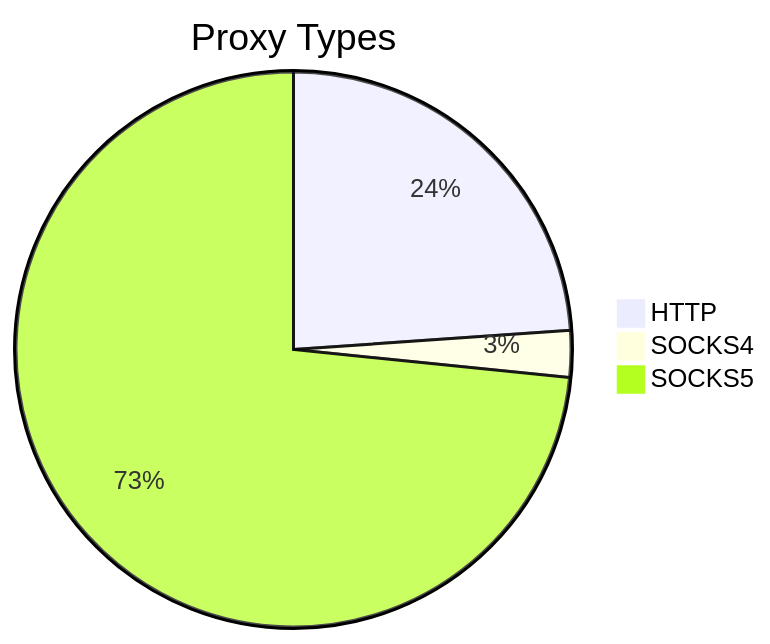
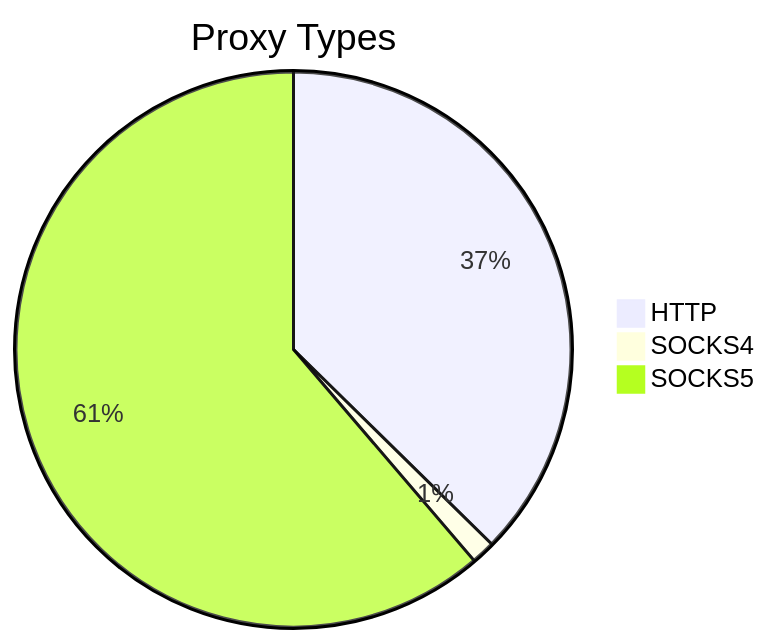
The first of 2 diagrams in README.md (stormsia/proxy-list), drawn with Mermaid before and after one commit. The commit also changed other lines of this file, not shown here.

````diff
--- a/README.md
+++ b/README.md
@@ -21,6 +21,6 @@
 ```mermaid
 pie title Proxy Types
-    "HTTP" : 449
-    "SOCKS4" : 51
-    "SOCKS5" : 1379
+    "HTTP" : 486
+    "SOCKS4" : 18
+    "SOCKS5" : 797
 ```
````
